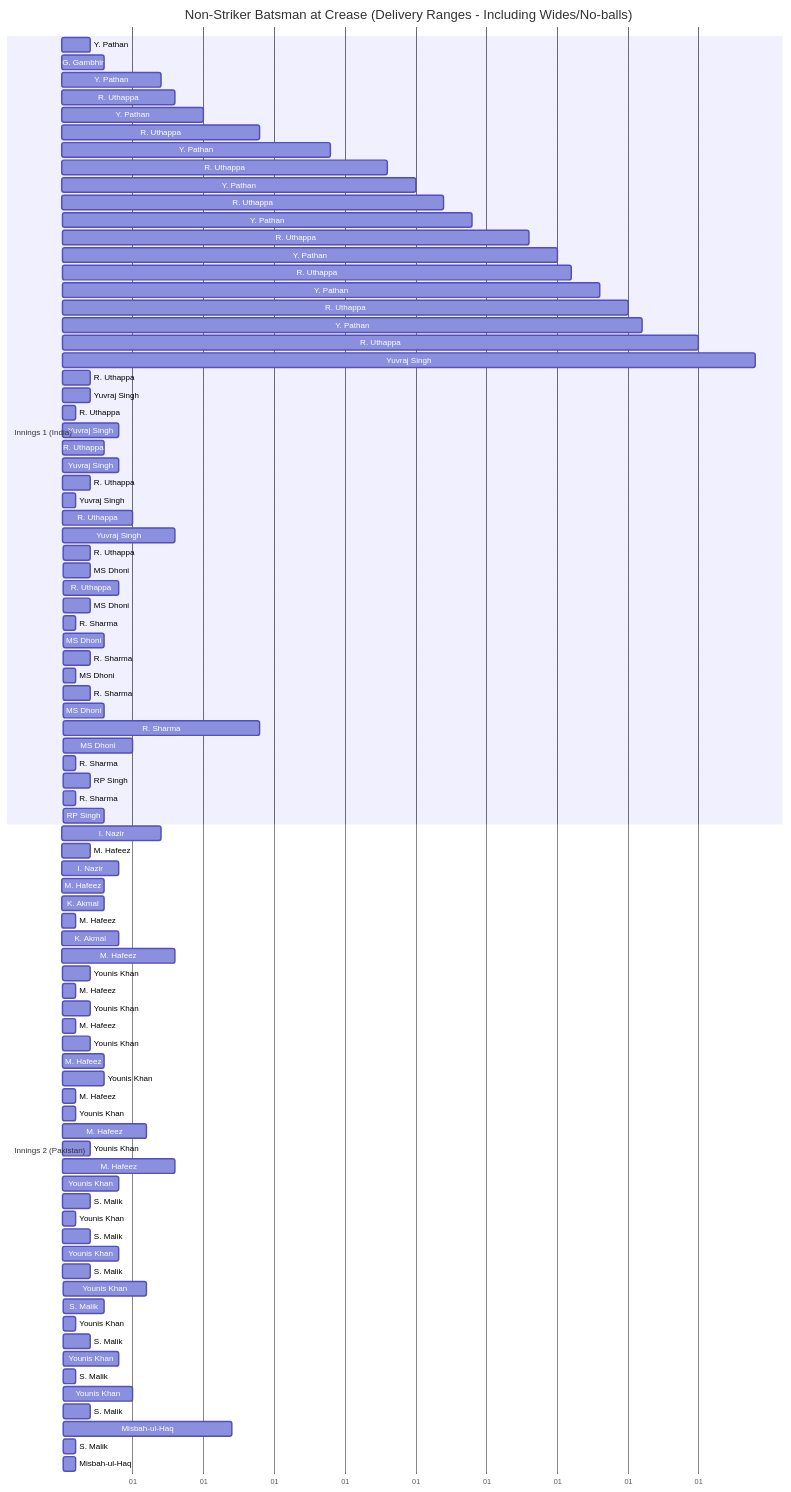
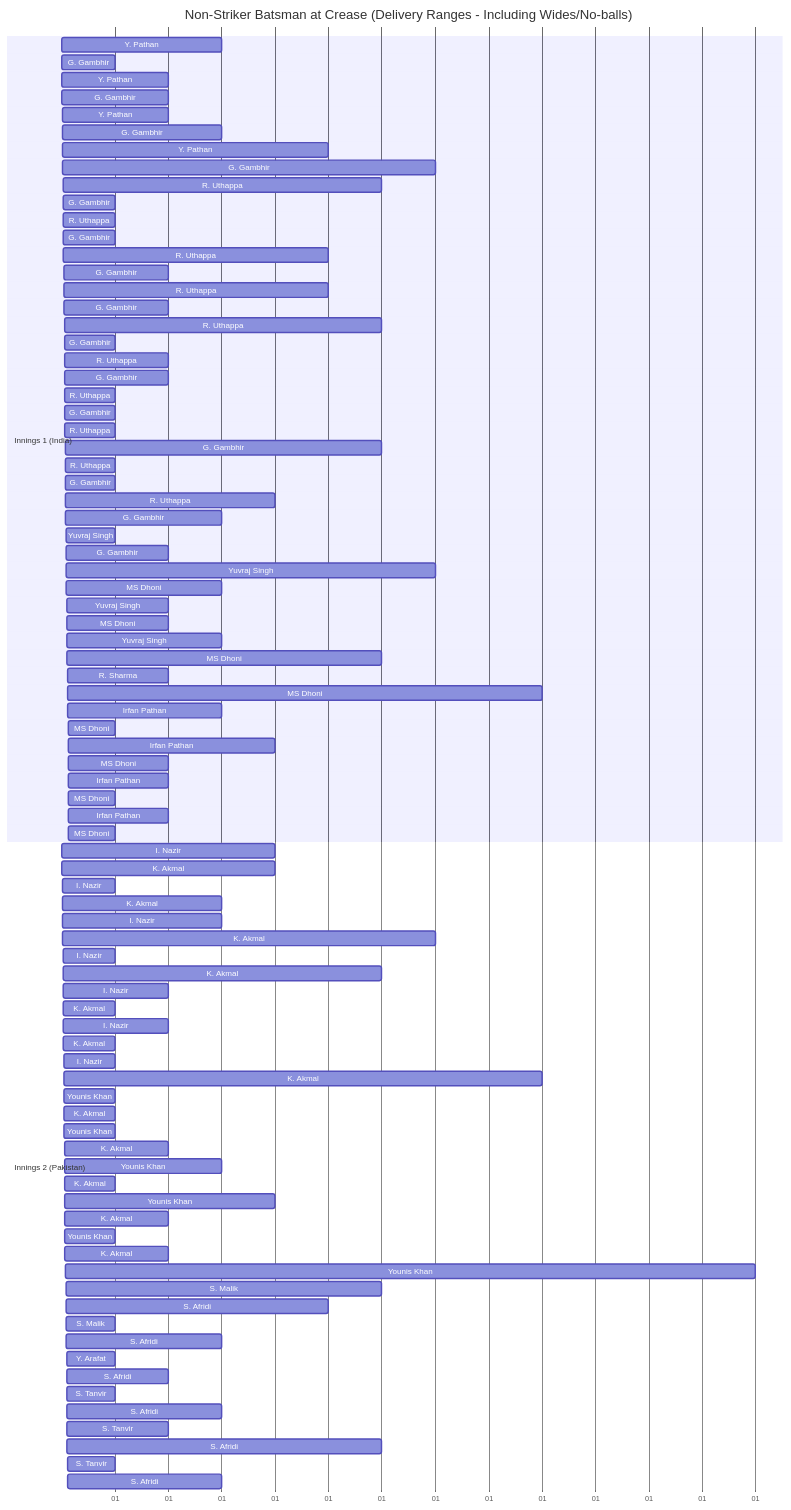
One commit to Varun-bhim/T20_Simulator changed the diagram in non_striker_gantt.md. Above: the diagram before and after it, drawn with Mermaid. The commit also changed other lines of this file, not shown here.

Commit message:
Revise non-striker batsman timeline for 2007 T20 Final
Updated the non-striker batsman timeline for the 2007 T20 World Cup Final, including changes in player positions and delivery ranges.

````diff
--- a/non_striker_gantt.md
+++ b/non_striker_gantt.md
@@ -24,88 +5,89 @@
     axisFormat %d
 
     section Innings 1 (India)
-    Y. Pathan : 1, 2
-    G. Gambhir : 2, 3
-    Y. Pathan : 3, 7
-    R. Uthappa : 7, 8
-    Y. Pathan : 8, 10
-    R. Uthappa : 10, 14
-    Y. Pathan : 14, 19
-    R. Uthappa : 19, 23
-    Y. Pathan : 23, 25
-    R. Uthappa : 25, 27
-    Y. Pathan : 27, 29
-    R. Uthappa : 29, 33
-    Y. Pathan : 33, 35
-    R. Uthappa : 35, 36
-    Y. Pathan : 36, 38
-    R. Uthappa : 38, 40
-    Y. Pathan : 40, 41
-    R. Uthappa : 41, 45
-    Yuvraj Singh : 45, 49
-    R. Uthappa : 49, 2
-    Yuvraj Singh : 51, 2
-    R. Uthappa : 53, 1
-    Yuvraj Singh : 54, 4
-    R. Uthappa : 58, 3
-    Yuvraj Singh : 61, 4
-    R. Uthappa : 65, 2
-    Yuvraj Singh : 67, 1
-    R. Uthappa : 68, 5
-    Yuvraj Singh : 73, 8
-    R. Uthappa : 81, 2
-    MS Dhoni : 83, 2
-    R. Uthappa : 85, 4
-    MS Dhoni : 89, 2
-    R. Sharma : 91, 1
-    MS Dhoni : 92, 3
-    R. Sharma : 95, 2
-    MS Dhoni : 97, 1
-    R. Sharma : 98, 2
-    MS Dhoni : 100, 3
-    R. Sharma : 103, 14
-    MS Dhoni : 117, 5
-    R. Sharma : 122, 1
-    RP Singh : 123, 2
-    R. Sharma : 125, 1
-    RP Singh : 126, 3
-    
+    Y. Pathan : 1, 3
+    G. Gambhir : 4, 1
+    Y. Pathan : 5, 2
+    G. Gambhir : 7, 2
+    Y. Pathan : 9, 2
+    G. Gambhir : 11, 3
+    Y. Pathan : 14, 5
+    G. Gambhir : 19, 7
+    R. Uthappa : 26, 6
+    G. Gambhir : 32, 1
+    R. Uthappa : 33, 1
+    G. Gambhir : 34, 1
+    R. Uthappa : 35, 5
+    G. Gambhir : 40, 2
+    R. Uthappa : 42, 5
+    G. Gambhir : 47, 2
+    R. Uthappa : 49, 6
+    G. Gambhir : 55, 1
+    R. Uthappa : 56, 2
+    G. Gambhir : 58, 2
+    R. Uthappa : 60, 1
+    G. Gambhir : 61, 1
+    R. Uthappa : 62, 1
+    G. Gambhir : 63, 6
+    R. Uthappa : 69, 1
+    G. Gambhir : 70, 1
+    R. Uthappa : 71, 4
+    G. Gambhir : 75, 3
+    Yuvraj Singh : 78, 1
+    G. Gambhir : 79, 2
+    Yuvraj Singh : 81, 7
+    MS Dhoni : 88, 3
+    Yuvraj Singh : 91, 2
+    MS Dhoni : 93, 2
+    Yuvraj Singh : 95, 3
+    MS Dhoni : 98, 6
+    R. Sharma : 104, 2
+    MS Dhoni : 106, 9
+    Irfan Pathan : 115, 3
+    MS Dhoni : 118, 1
+    Irfan Pathan : 119, 4
+    MS Dhoni : 123, 2
+    Irfan Pathan : 125, 2
+    MS Dhoni : 127, 1
+    Irfan Pathan : 128, 2
+    MS Dhoni : 130, 1
+
     section Innings 2 (Pakistan)
-    I. Nazir : 1, 7
-    M. Hafeez : 8, 2
-    I. Nazir : 10, 4
-    M. Hafeez : 14, 3
-    K. Akmal : 17, 3
-    M. Hafeez : 20, 1
-    K. Akmal : 21, 4
-    M. Hafeez : 25, 8
-    Younis Khan : 33, 2
-    M. Hafeez : 35, 1
-    Younis Khan : 36, 2
-    M. Hafeez : 38, 1
-    Younis Khan : 39, 2
-    M. Hafeez : 41, 3
-    Younis Khan : 44, 3
-    M. Hafeez : 47, 1
+    I. Nazir : 1, 4
+    K. Akmal : 5, 4
+    I. Nazir : 9, 1
+    K. Akmal : 10, 3
+    I. Nazir : 13, 3
+    K. Akmal : 16, 7
+    I. Nazir : 23, 1
+    K. Akmal : 24, 6
+    I. Nazir : 30, 2
+    K. Akmal : 32, 1
+    I. Nazir : 33, 2
+    K. Akmal : 35, 1
+    I. Nazir : 36, 1
+    K. Akmal : 37, 9
+    Younis Khan : 46, 1
+    K. Akmal : 47, 1
     Younis Khan : 48, 1
-    M. Hafeez : 49, 6
-    Younis Khan : 55, 2
-    M. Hafeez : 57, 8
-    Younis Khan : 65, 4
-    S. Malik : 69, 2
-    Younis Khan : 71, 1
-    S. Malik : 72, 2
-    Younis Khan : 74, 4
-    S. Malik : 78, 2
-    Younis Khan : 80, 6
-    S. Malik : 86, 3
-    Younis Khan : 89, 1
-    S. Malik : 90, 2
-    Younis Khan : 92, 4
-    S. Malik : 96, 1
-    Younis Khan : 97, 5
-    S. Malik : 102, 2
-    Misbah-ul-Haq : 104, 12
-    S. Malik : 116, 1
-    Misbah-ul-Haq : 117, 1
+    K. Akmal : 49, 2
+    Younis Khan : 51, 3
+    K. Akmal : 54, 1
+    Younis Khan : 55, 4
+    K. Akmal : 59, 2
+    Younis Khan : 61, 1
+    K. Akmal : 62, 2
+    Younis Khan : 64, 13
+    S. Malik : 77, 6
+    S. Afridi : 83, 5
+    S. Malik : 88, 1
+    S. Afridi : 89, 3
+    Y. Arafat : 92, 1
+    S. Afridi : 93, 2
+    S. Tanvir : 95, 1
+    S. Afridi : 96, 3
+    S. Tanvir : 99, 2
+    S. Afridi : 101, 6
+    S. Tanvir : 107, 1
+    S. Afridi : 108, 3
 ```
````
